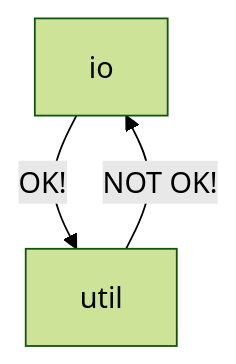
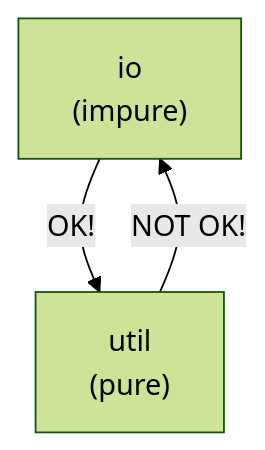
The third of 4 diagrams in README-TEMPLATE.md (mattriley/node-module-composer), drawn with Mermaid (forest theme) before and after one commit. The commit also changed 1 other file, not shown here.

Commit message:
Unspecified changes

````diff
--- a/README-TEMPLATE.md
+++ b/README-TEMPLATE.md
@@ -240,5 +240,5 @@
 ```mermaid
 graph TD;
-    io-->|OK!|util
-    util-->|NOT OK!|io
+    io["io<br/>(impure)"]-->|OK!|util
+    util["util<br/>(pure)"]-->|NOT OK!|io
 ```
````
